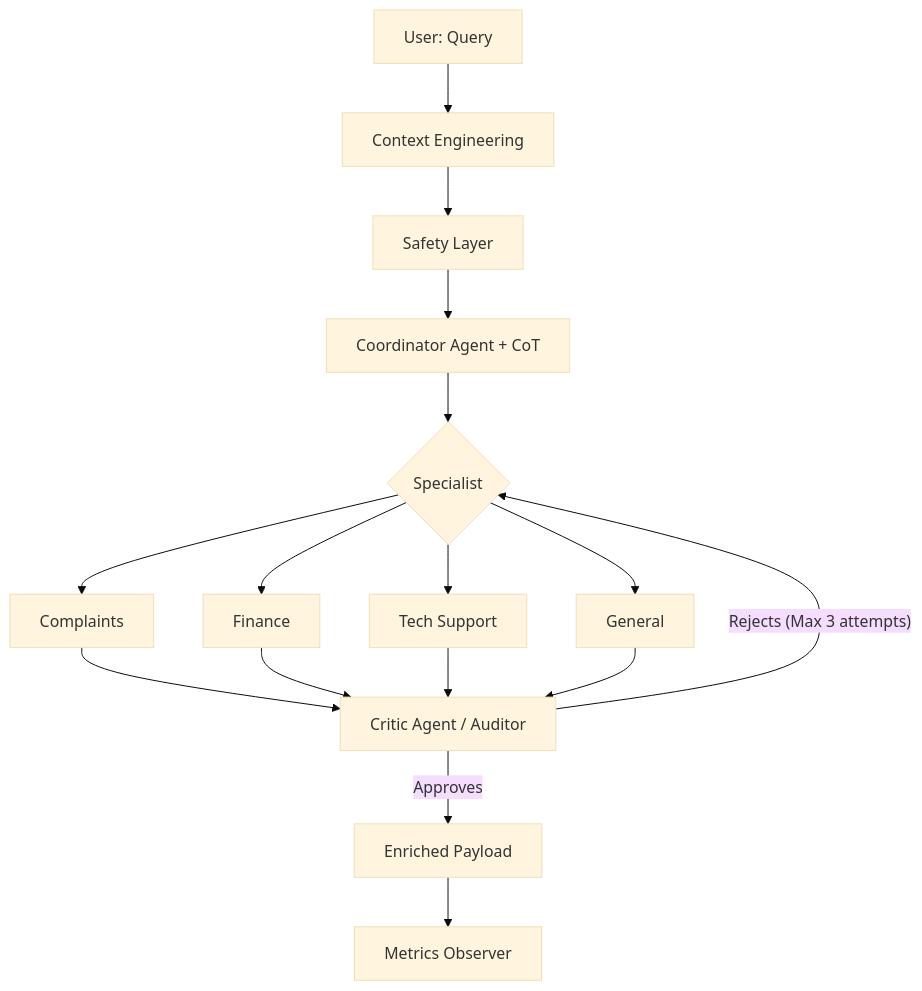
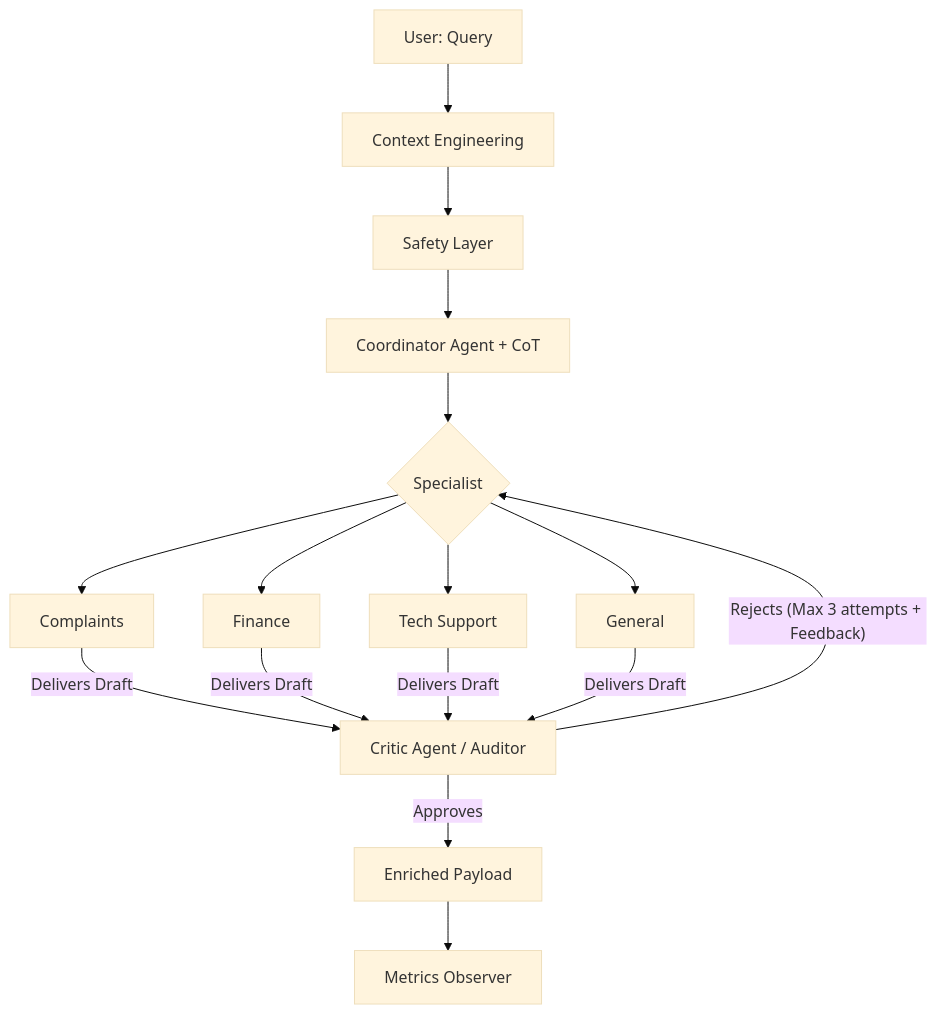
Before and after one commit to cesesteban/Multi-Agent-Routing-System: the diagram in architecture_reports/architecture_reports_en.md, drawn with Mermaid (base theme). The commit also changed 3 other files, not shown here.

````diff
--- a/architecture_reports/architecture_reports_en.md
+++ b/architecture_reports/architecture_reports_en.md
@@ -7,15 +7,15 @@
 ```mermaid
 graph TD
     A[User: Query] --> B[Context Engineering]
     B --> C[Safety Layer]
     C --> D[Coordinator Agent + CoT]
     D --> E{Specialist}
     E --> F[Complaints]
     E --> G[Finance]
     E --> H[Tech Support]
     E --> I[General]
-    F & G & H & I --> J[Critic Agent / Auditor]
-    J -- Rejects (Max 3 attempts) --> E
-    J -- Approves --> K[Enriched Payload]
+    F & G & H & I -- "Delivers Draft" --> J[Critic Agent / Auditor]
+    J -- "Rejects (Max 3 attempts + Feedback)" --> E
+    J -- "Approves" --> K[Enriched Payload]
     K --> L[Metrics Observer]
 ```
````
